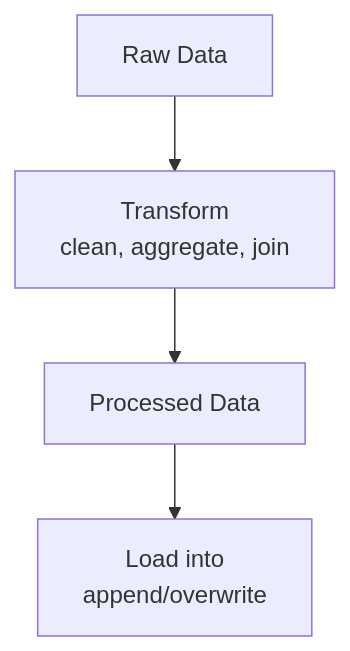
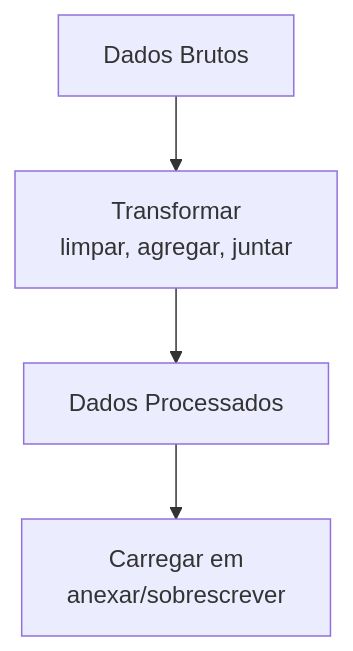
One commit to Quantilica/docs changed the sixth of 7 diagrams in docs/concepts/data-engineering.md. Above: the diagram before and after it, drawn with Mermaid. The commit also changed other lines of this file and 31 other files, not shown here.

````diff
--- a/docs/concepts/data-engineering.md
+++ b/docs/concepts/data-engineering.md
@@ -70,6 +70,6 @@
 ```mermaid
 graph TD
-    A[Raw Data] --> B[Transform <br/> clean, aggregate, join]
-    B --> C[Processed Data]
-    C --> D[Load into <br/> append/overwrite]
+    A[Dados Brutos] --> B[Transformar <br/> limpar, agregar, juntar]
+    B --> C[Dados Processados]
+    C --> D[Carregar em <br/> anexar/sobrescrever]
 ```
````
